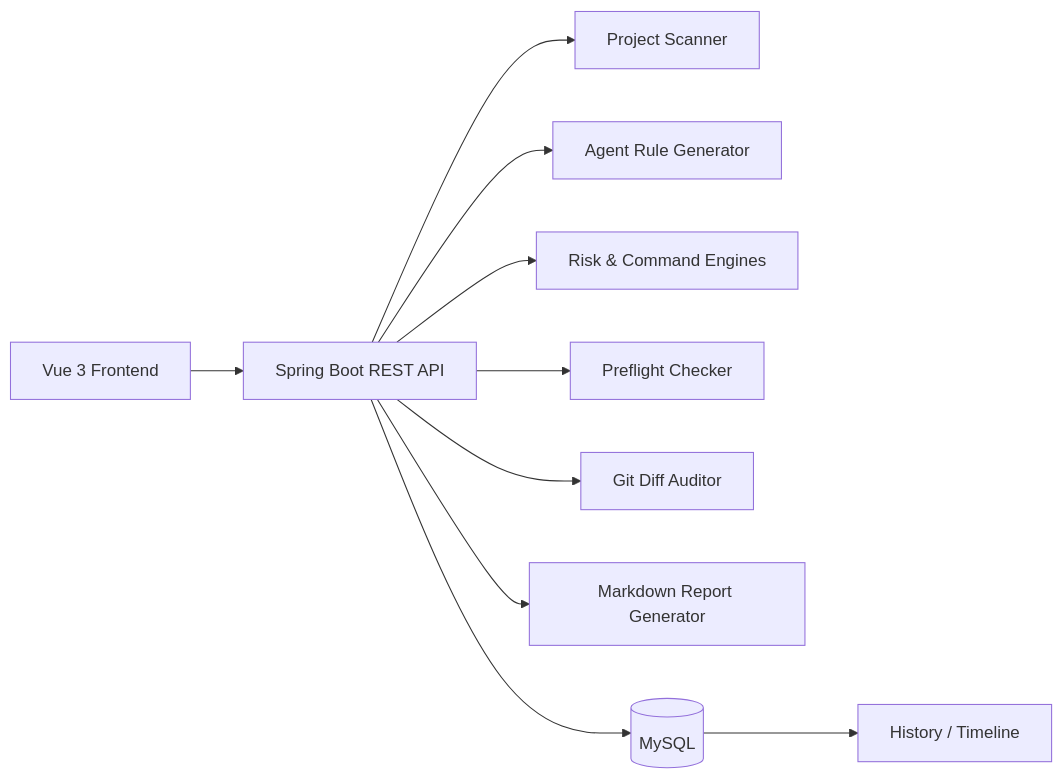
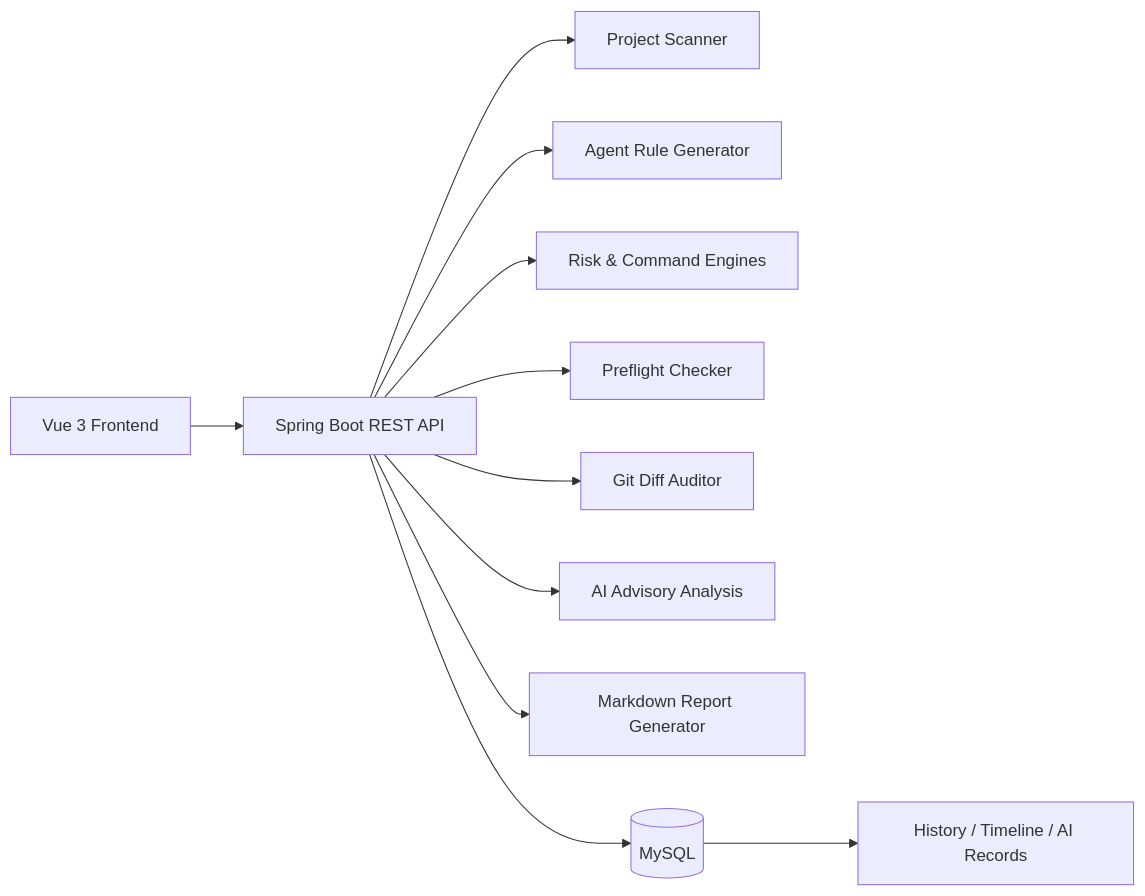
The diagram in README.md (Sj295/AgentGuard), drawn with Mermaid before and after one commit. The commit also changed other lines of this file and 61 other files, not shown here.

Commit message:
Add advisory AI analysis

````diff
--- a/README.md
+++ b/README.md
@@ -38,12 +40,13 @@
 ```mermaid
 flowchart LR
   UI["Vue 3 Frontend"] --> API["Spring Boot REST API"]
   API --> Scan["Project Scanner"]
   API --> Rules["Agent Rule Generator"]
   API --> Risk["Risk & Command Engines"]
   API --> Preflight["Preflight Checker"]
   API --> Git["Git Diff Auditor"]
+  API --> AI["AI Advisory Analysis"]
   API --> Report["Markdown Report Generator"]
   API --> DB[("MySQL")]
-  DB --> History["History / Timeline"]
+  DB --> History["History / Timeline / AI Records"]
 ```
````
